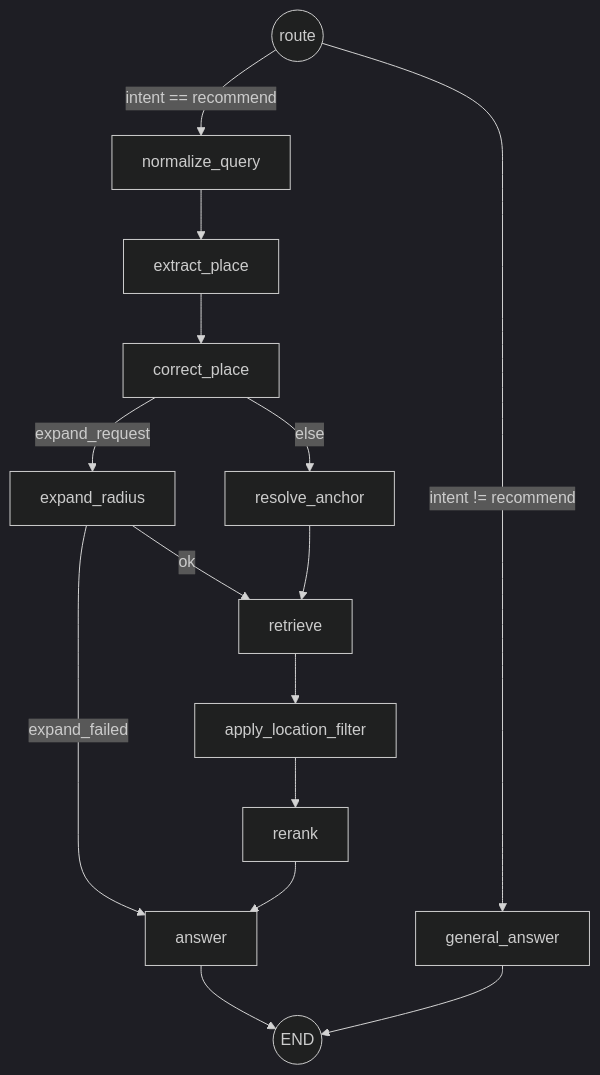
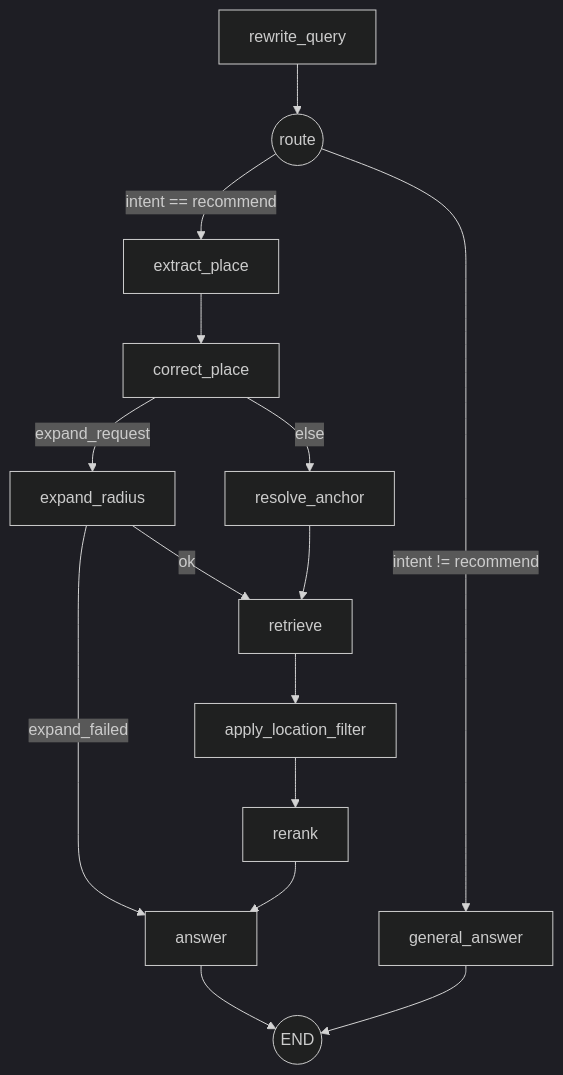
One commit to RecSys02/AI changed the diagram in docs/chat_graph.mmd. Above: the diagram before and after it, drawn with Mermaid (dark theme). The commit also changed 14 other files, not shown here.

Commit message:
remove admin_term flow and prompt on anchor failure

```diff
--- a/docs/chat_graph.mmd
+++ b/docs/chat_graph.mmd
@@ -1,19 +1,19 @@
 flowchart TD
-    route((route)) -->|intent == recommend| normalize_query[normalize_query]
+    rewrite_query[rewrite_query] --> route((route))
+    route -->|intent == recommend| extract_place[extract_place]
     route -->|intent != recommend| general_answer[general_answer]
 
-    normalize_query --> extract_place[extract_place]
     extract_place --> correct_place[correct_place]
 
     correct_place -->|expand_request| expand_radius[expand_radius]
     correct_place -->|else| resolve_anchor[resolve_anchor]
 
     expand_radius -->|expand_failed| answer[answer]
     expand_radius -->|ok| retrieve[retrieve]
 
     resolve_anchor --> retrieve
     retrieve --> apply_location_filter[apply_location_filter]
     apply_location_filter --> rerank[rerank]
     rerank --> answer
     answer --> END((END))
     general_answer --> END
```
